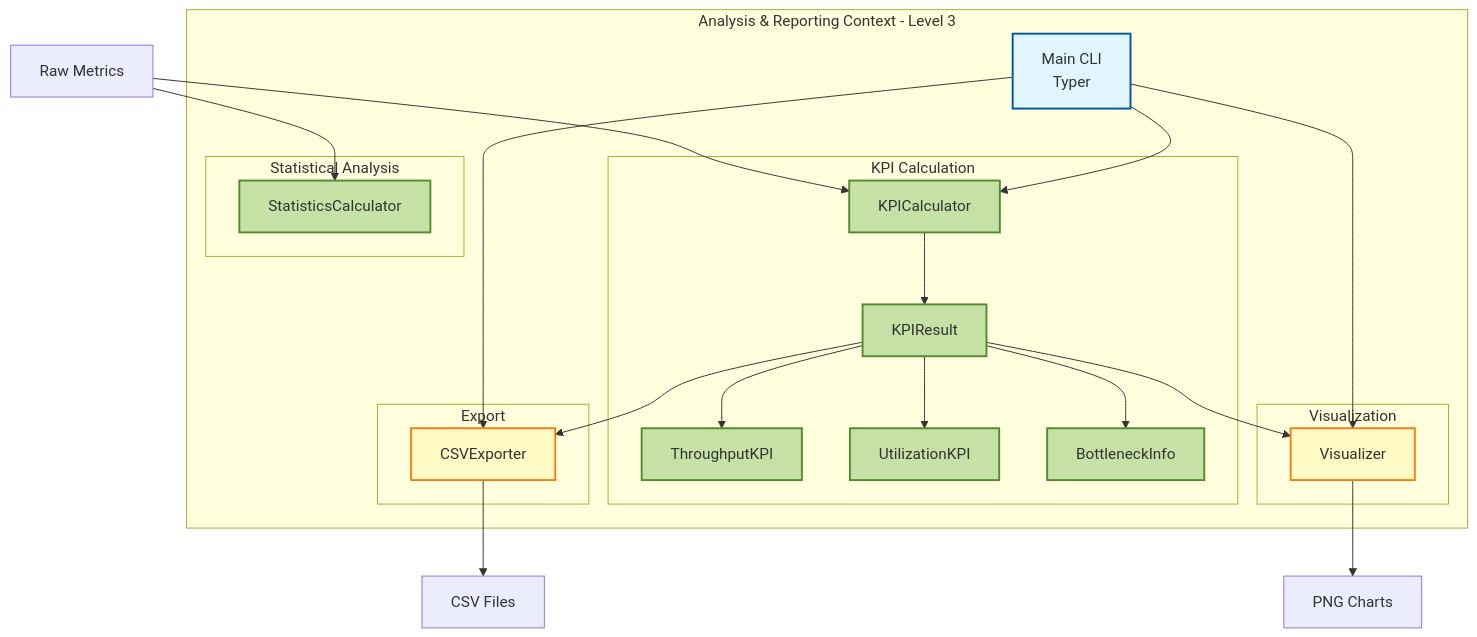
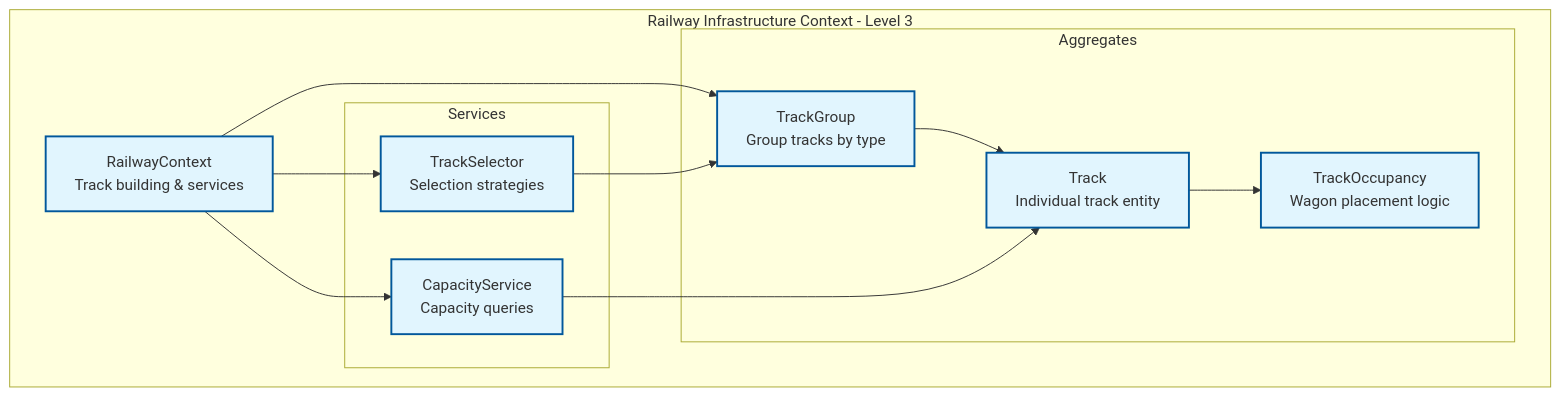
One commit to OpenRailAssociation/dac-migration-dss-popupsim changed the fourth of 7 diagrams in docs/mvp/architecture/05a-level3-implementation.md. Above: the diagram before and after it, drawn with Mermaid. The commit also changed other lines of this file and 197 other files, not shown here.

````diff
--- a/docs/mvp/architecture/05a-level3-implementation.md
+++ b/docs/mvp/architecture/05a-level3-implementation.md
@@ -223,52 +201,29 @@
 ```mermaid
 graph TB
-    subgraph "Analysis & Reporting Context - Level 3"
-        Main[Main CLI<br/>Typer]
+    subgraph "Railway Infrastructure Context - Level 3"
+        Context["RailwayContext<br/>Track building & services"]
         
-        subgraph "KPI Calculation"
-            KC[KPICalculator]
-            KR[KPIResult]
-            TK[ThroughputKPI]
-            UK[UtilizationKPI]
-            BK[BottleneckInfo]
+        subgraph "Aggregates"
+            TrackGroup["TrackGroup<br/>Group tracks by type"]
+            Track["Track<br/>Individual track entity"]
+            Occupancy["TrackOccupancy<br/>Wagon placement logic"]
         end
         
-        subgraph "Statistical Analysis"
-            SC[StatisticsCalculator]
-        end
-        
-        subgraph "Export"
-            CE[CSVExporter]
-        end
-        
-        subgraph "Visualization"
-            VZ[Visualizer]
+        subgraph "Services"
+            Selector["TrackSelector<br/>Selection strategies"]
+            Capacity["CapacityService<br/>Capacity queries"]
         end
     end
     
-    Metrics[Raw Metrics] --> KC
-    Metrics --> SC
+    Context --> TrackGroup
+    TrackGroup --> Track
+    Track --> Occupancy
+    Context --> Selector
+    Context --> Capacity
+    Selector --> TrackGroup
+    Capacity --> Track
     
-    KC --> KR
-    KR --> TK
-    KR --> UK
-    KR --> BK
+    classDef component fill:#e1f5fe,stroke:#01579b,stroke-width:2px
     
-    KR --> CE
-    KR --> VZ
-    
-    Main --> KC
-    Main --> CE
-    Main --> VZ
-    
-    CE --> CSV[CSV Files]
-    VZ --> Charts[PNG Charts]
-
-    classDef main fill:#e1f5fe,stroke:#01579b,stroke-width:2px
-    classDef kpi fill:#c5e1a5,stroke:#558b2f,stroke-width:2px
-    classDef export fill:#fff9c4,stroke:#f57f17,stroke-width:2px
-    
-    class Main main
-    class KC,KR,TK,UK,BK,SC kpi
-    class CE,VZ export
+    class Context,TrackGroup,Track,Occupancy,Selector,Capacity component
 ```
````
